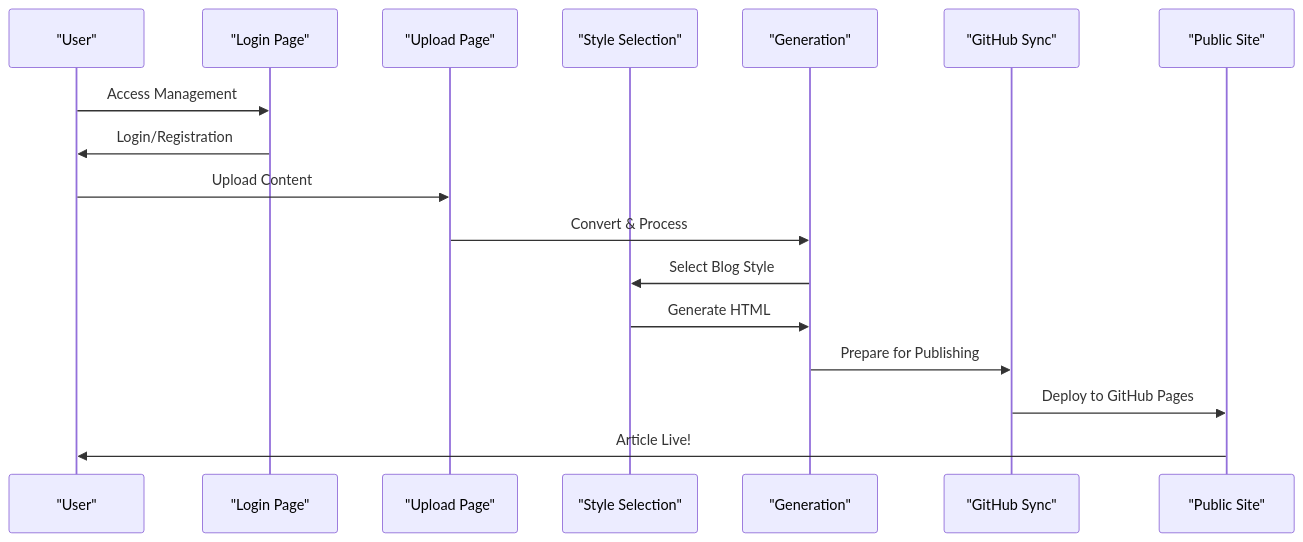
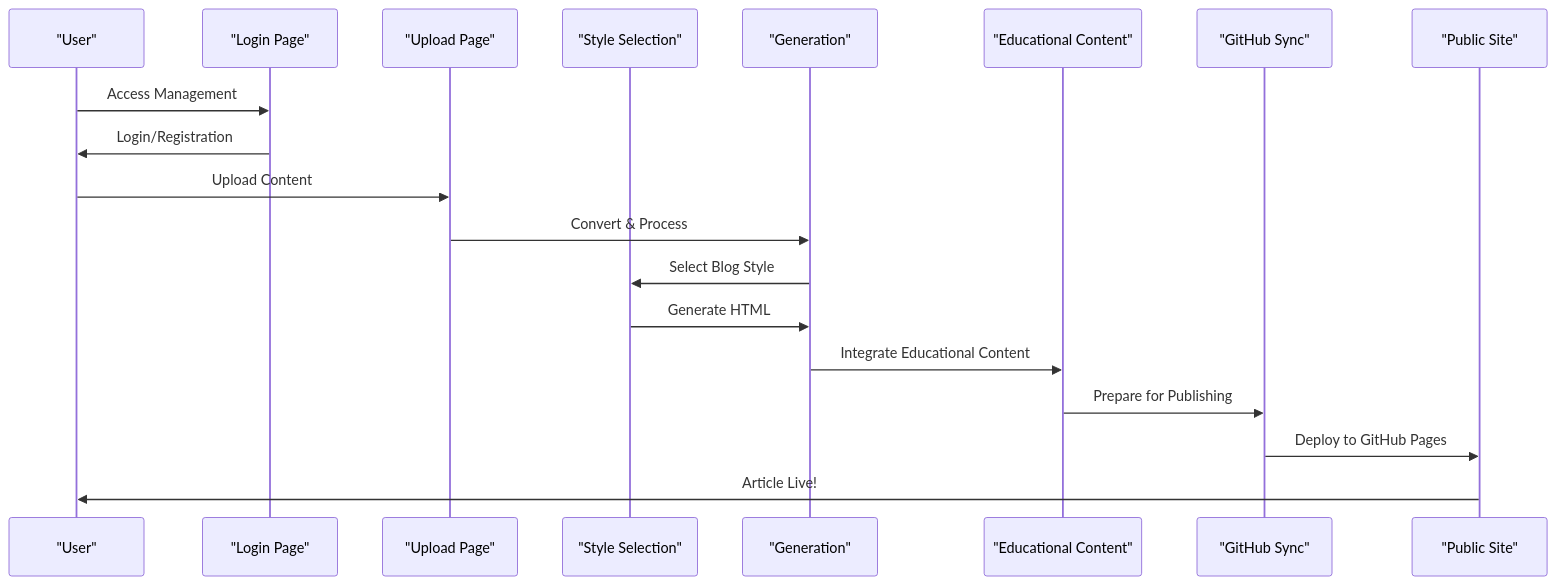
The third of 3 diagrams in .qoder/repowiki/en/content/Backend Application/AI Integration.md (PolarisW007/PolaZhenJing), drawn with Mermaid before and after one commit. The commit also changed other lines of this file and 2 other files, not shown here.

````diff
--- a/.qoder/repowiki/en/content/Backend Application/AI Integration.md
+++ b/.qoder/repowiki/en/content/Backend Application/AI Integration.md
@@ -207,19 +246,21 @@
 ```mermaid
 sequenceDiagram
 participant User as "User"
 participant Login as "Login Page"
 participant Upload as "Upload Page"
 participant Style as "Style Selection"
 participant Gen as "Generation"
+participant Educ as "Educational Content"
 participant Sync as "GitHub Sync"
 participant Site as "Public Site"
 User->>Login : Access Management
 Login->>User : Login/Registration
 User->>Upload : Upload Content
 Upload->>Gen : Convert & Process
 Gen->>Style : Select Blog Style
 Style->>Gen : Generate HTML
-Gen->>Sync : Prepare for Publishing
+Gen->>Educ : Integrate Educational Content
+Educ->>Sync : Prepare for Publishing
 Sync->>Site : Deploy to GitHub Pages
 Site->>User : Article Live!
 ```
````
